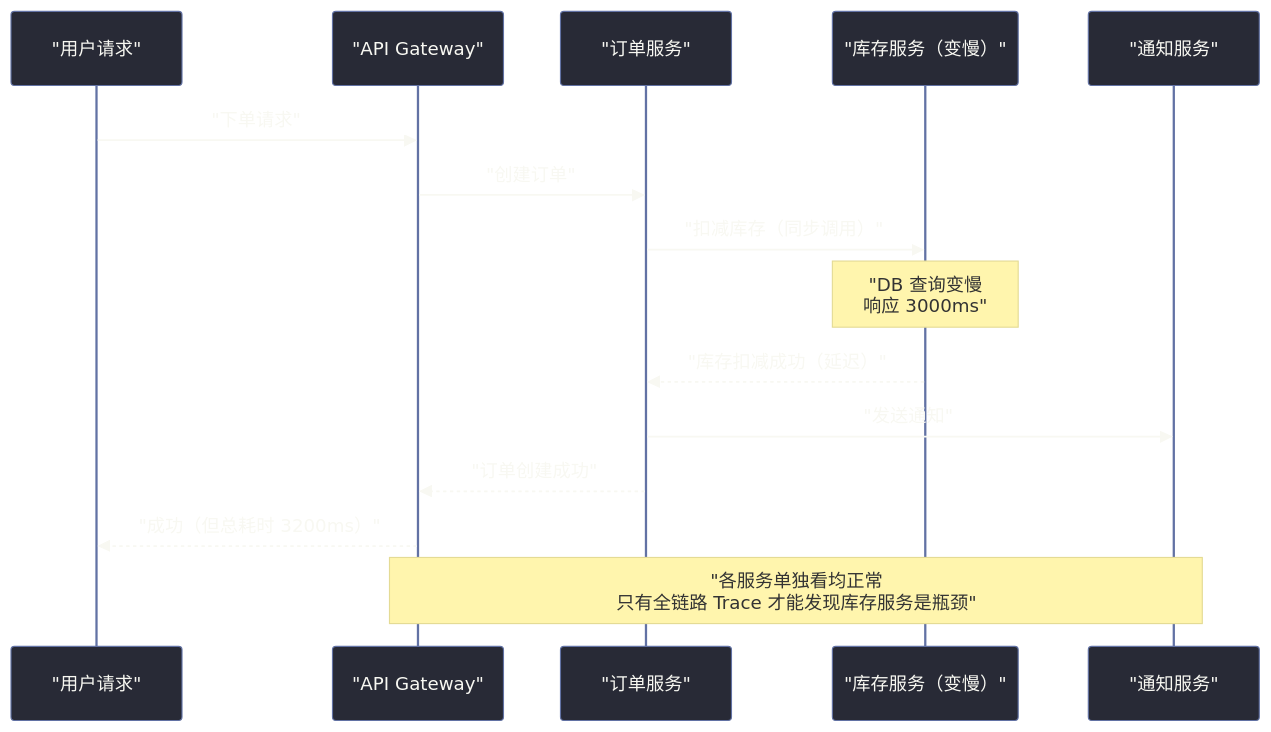
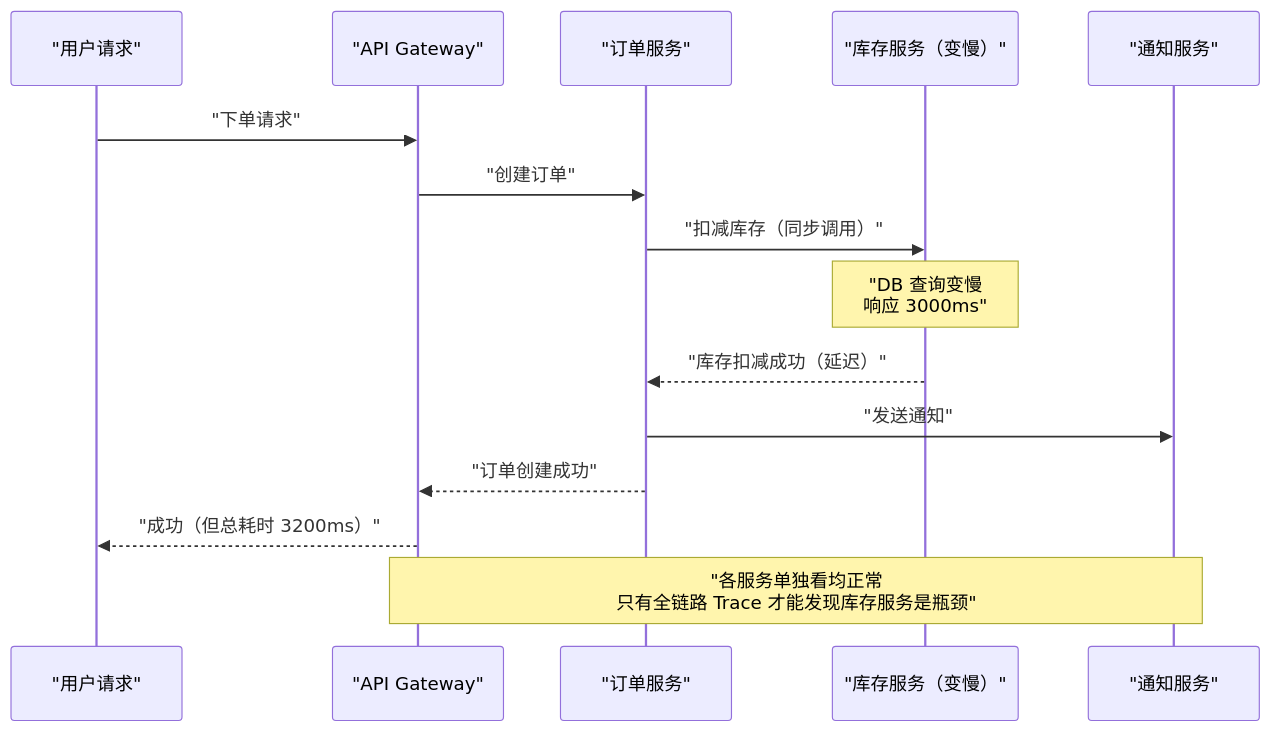
The third of 4 diagrams in content/可观测/AIOps与可观测性实战/01 可观测性的本质：从监控到认知跃迁.md (hpliStartAgain/my-brain), drawn with Mermaid before and after one commit. The commit also changed other lines of this file and 511 other files, not shown here.

````diff
--- a/content/可观测/AIOps与可观测性实战/01 可观测性的本质：从监控到认知跃迁.md
+++ b/content/可观测/AIOps与可观测性实战/01 可观测性的本质：从监控到认知跃迁.md
@@ -294,20 +368,20 @@
 ```mermaid
-%%{init: {"theme": "base", "themeVariables": {"primaryColor": "#282a36", "primaryTextColor": "#f8f8f2", "primaryBorderColor": "#6272a4", "lineColor": "#bd93f9", "secondaryColor": "#44475a"}}}%%
+%%{init: {'theme': 'dracula'}}%%
 sequenceDiagram
     participant U as "用户请求"
     participant A as "API Gateway"
     participant B as "订单服务"
     participant C as "库存服务（变慢）"
     participant D as "通知服务"
-    
+
     U->>A: "下单请求"
     A->>B: "创建订单"
     B->>C: "扣减库存（同步调用）"
     Note over C: "DB 查询变慢<br/>响应 3000ms"
     C-->>B: "库存扣减成功（延迟）"
     B->>D: "发送通知"
     B-->>A: "订单创建成功"
     A-->>U: "成功（但总耗时 3200ms）"
-    
+
     Note over A,D: "各服务单独看均正常<br/>只有全链路 Trace 才能发现库存服务是瓶颈"
 ```
````
